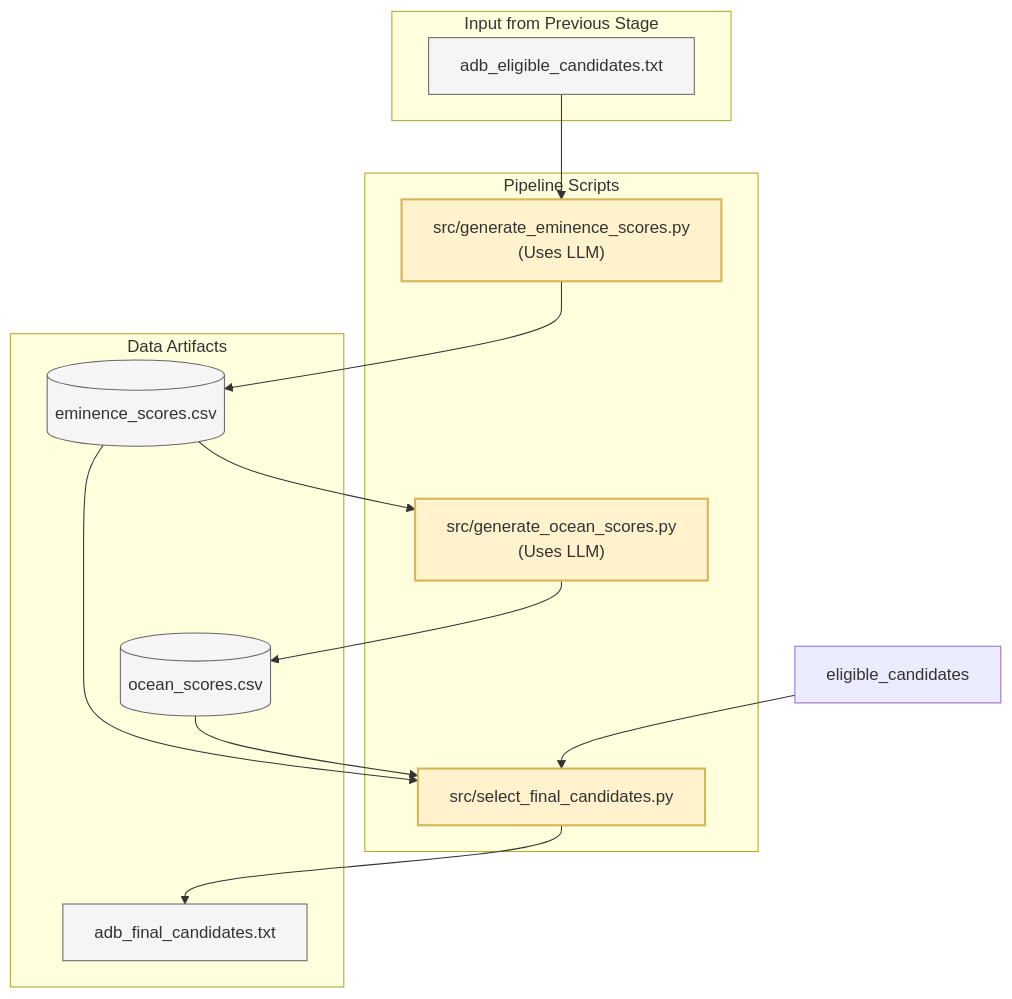
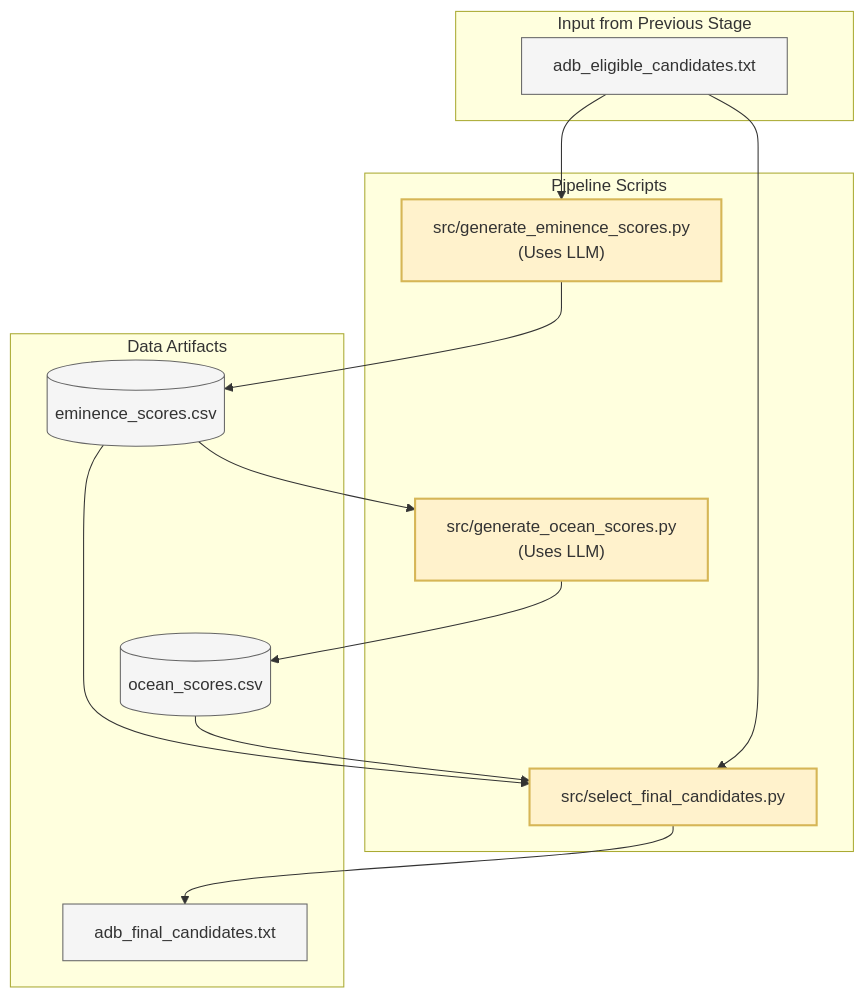
One commit to peterjmarko/llm-narrative-framework changed the diagram in docs/diagrams/data_prep_flow_2_scoring.mmd. Above: the diagram before and after it, drawn with Mermaid. The commit also changed 29 other files, not shown here.

```diff
--- a/docs/diagrams/data_prep_flow_2_scoring.mmd
+++ b/docs/diagrams/data_prep_flow_2_scoring.mmd
@@ -1,38 +1,38 @@
 graph TD
     %% Define Styles
     classDef scriptStyle fill:#fff2cc,stroke:#d6b656,stroke-width:2px
     classDef artifactFileStyle fill:#f5f5f5,stroke:#666,stroke-width:1px
     classDef artifactDBStyle fill:#f5f5f5,stroke:#666,stroke-width:1px
     classDef inputStyle fill:#d5e8d4,stroke:#82b366,stroke-width:2px
 
     subgraph "Input from Previous Stage"
         eligible_candidates_in[adb_eligible_candidates.txt]
     end
 
     subgraph "Pipeline Scripts"
         gen_eminence["src/generate_eminence_scores.py<br/>(Uses LLM)"]
         gen_ocean["src/generate_ocean_scores.py<br/>(Uses LLM)"]
         select_final[src/select_final_candidates.py]
     end
 
     subgraph "Data Artifacts"
         eminence_scores[(eminence_scores.csv)]
         ocean_scores[(ocean_scores.csv)]
         final_candidates[adb_final_candidates.txt]
     end
 
     %% Connections
     eligible_candidates_in --> gen_eminence
     gen_eminence --> eminence_scores
     eminence_scores --> gen_ocean
     gen_ocean --> ocean_scores
-    eligible_candidates --> select_final
+    eligible_candidates_in --> select_final
     eminence_scores --> select_final
     ocean_scores --> select_final
     select_final --> final_candidates
 
     %% Apply Styles
     class eligible_candidates_in artifactFileStyle
     class gen_eminence,gen_ocean,select_final scriptStyle
     class final_candidates artifactFileStyle
     class eminence_scores,ocean_scores artifactDBStyle
```
